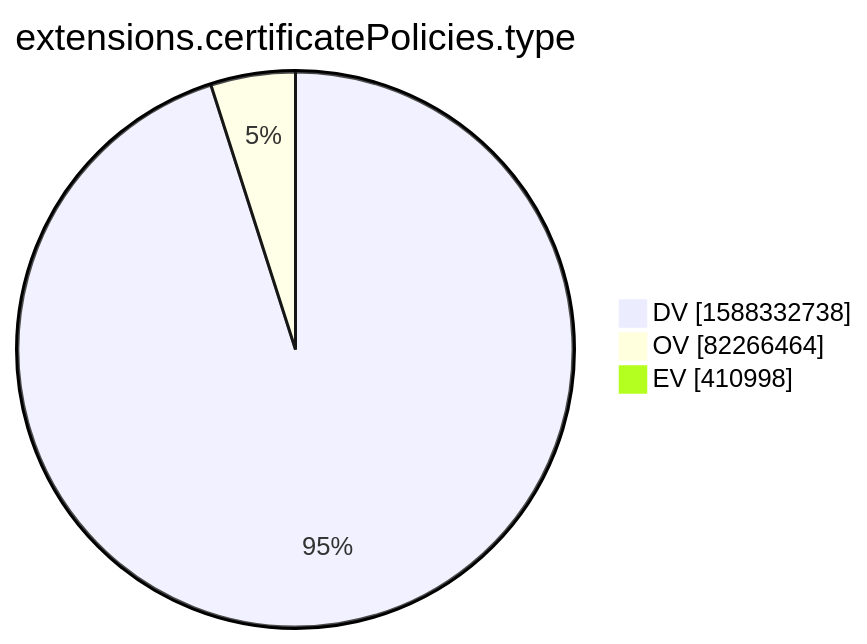
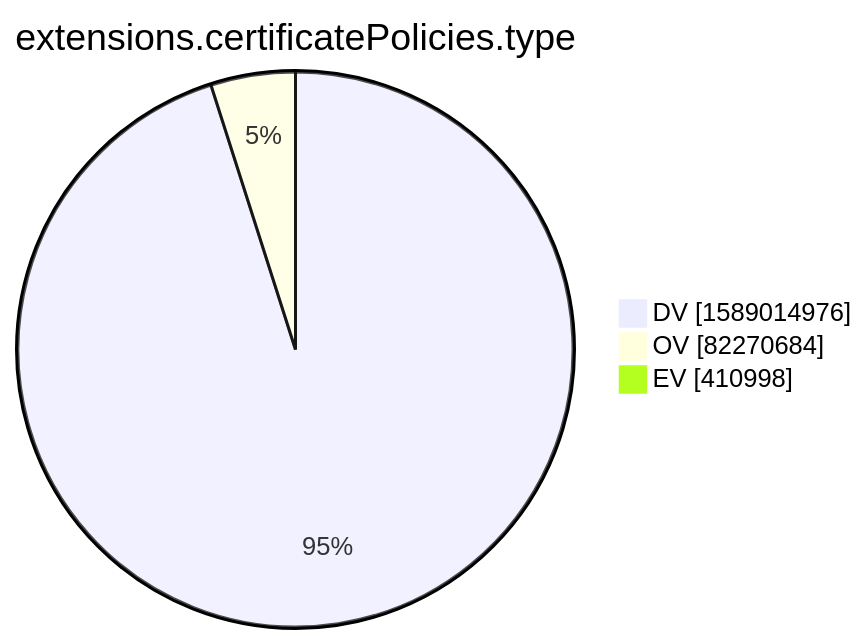
The tenth of 15 diagrams in xenon2022/README.md (christiankrug/ctmonitor_visualization), drawn with Mermaid before and after one commit. The commit also changed other lines of this file, not shown here.

````diff
--- a/xenon2022/README.md
+++ b/xenon2022/README.md
@@ -2878,7 +2878,7 @@
 ```mermaid
 pie showData
 title extensions.certificatePolicies.type
-"DV" :1588332738
-"OV" :82266464
+"DV" :1589014976
+"OV" :82270684
 "EV" :410998
 ```
````
